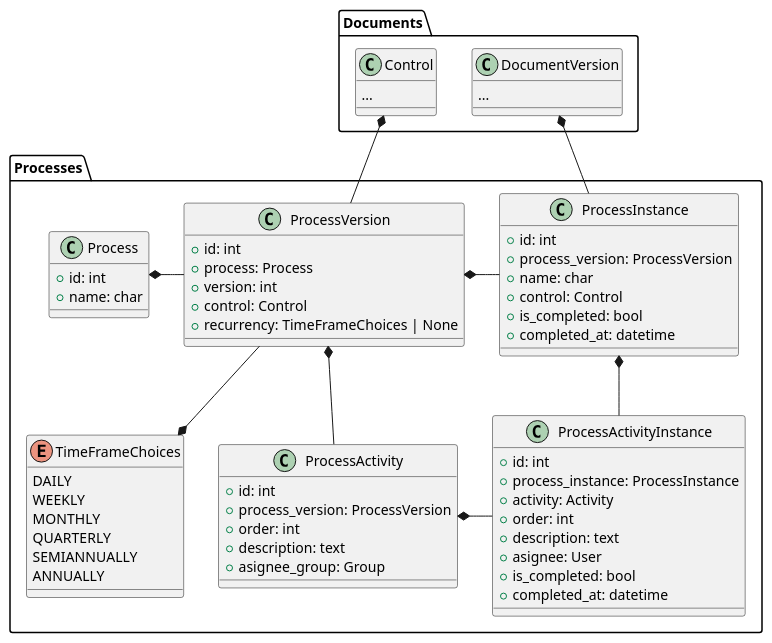
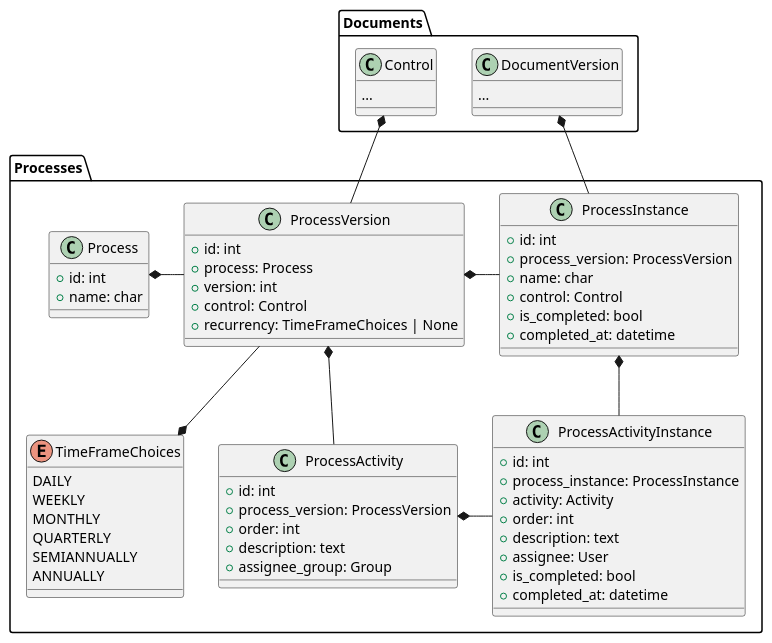
One commit to Gabo-araya/sgsi_ext changed the fourth of 4 diagrams in docs/rfc/InitialModellingRFC.md. Above: the diagram before and after it, drawn with PlantUML. The commit also changed 17 other files, not shown here.

````diff
--- a/docs/rfc/InitialModellingRFC.md
+++ b/docs/rfc/InitialModellingRFC.md
@@ -187,66 +187,66 @@
 ```plantuml
 package Processes {
     class Process {
         + id: int
         + name: char
     }
     class ProcessVersion {
         + id: int
         + process: Process
         + version: int
         + control: Control
         + recurrency: TimeFrameChoices | None
     }
     class ProcessInstance {
         + id: int
         + process_version: ProcessVersion
         + name: char
         + control: Control
         + is_completed: bool
         + completed_at: datetime
     }
     class ProcessActivity {
         + id: int
         + process_version: ProcessVersion
         + order: int
         + description: text
-        + asignee_group: Group
+        + assignee_group: Group
     }
     class ProcessActivityInstance {
         + id: int
         + process_instance: ProcessInstance
         + activity: Activity
         + order: int
         + description: text
-        + asignee: User
+        + assignee: User
         + is_completed: bool
         + completed_at: datetime
     }
     enum TimeFrameChoices {
         DAILY
         WEEKLY
         MONTHLY
         QUARTERLY
         SEMIANNUALLY
         ANNUALLY
     }
 }
 
 class Documents.Control {
     ...
 }
 
 class Documents.DocumentVersion {
     ...
 }
 
 
 Processes.ProcessVersion -up-* Documents.Control
 Processes.ProcessVersion --* Processes.TimeFrameChoices
 Processes.ProcessInstance -up-* Documents.DocumentVersion
 Processes.ProcessInstance -left* Processes.ProcessVersion
 Processes.ProcessActivity --* Processes.ProcessVersion
 Processes.ProcessVersion -left-* Processes.Process
 Processes.ProcessActivityInstance -* Processes.ProcessActivity
 Processes.ProcessActivityInstance -up-* Processes.ProcessInstance
 ```
````
